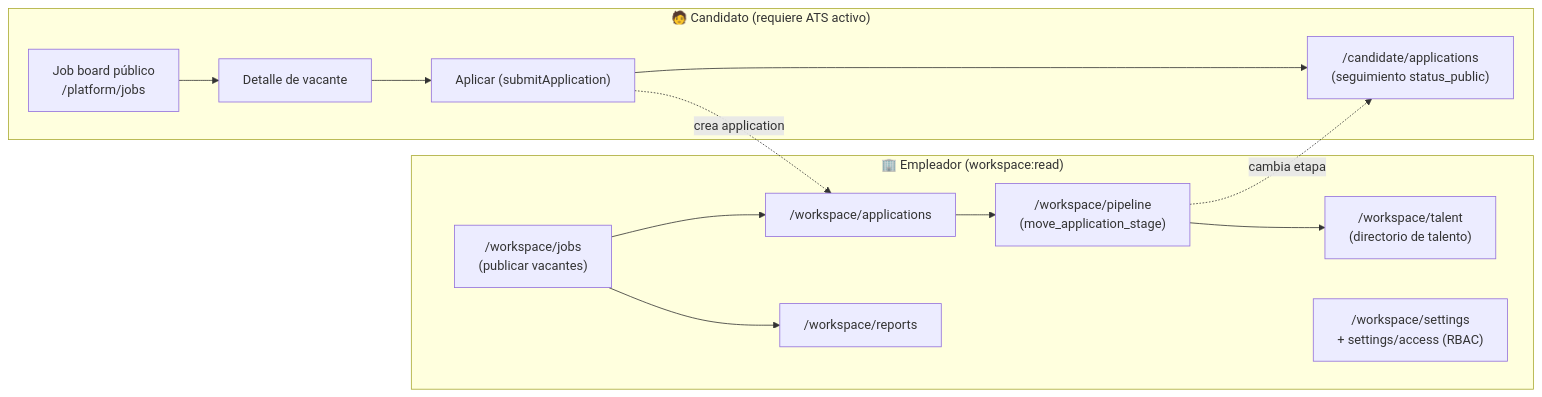
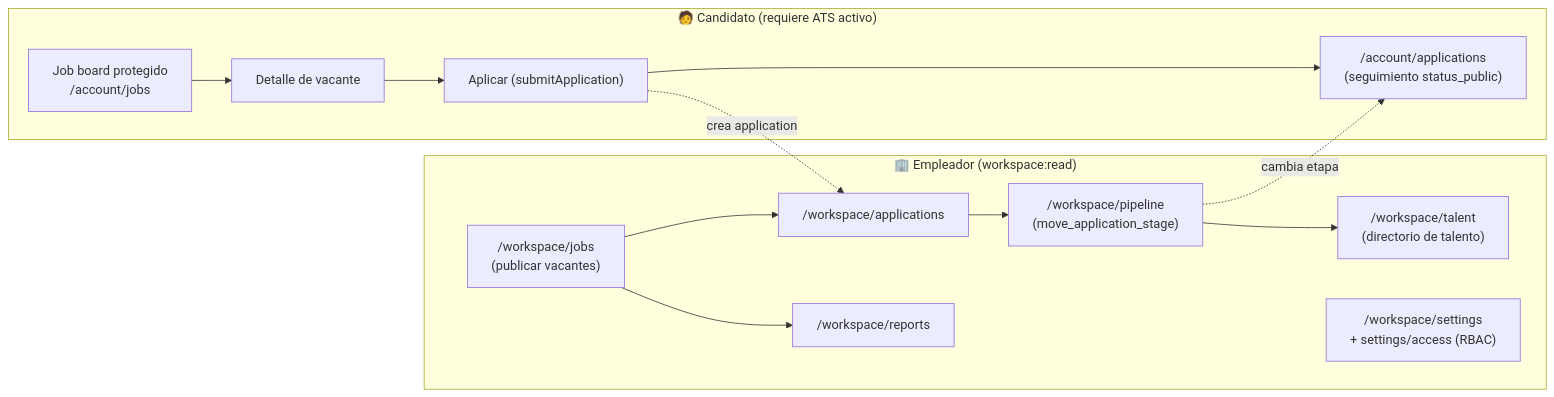
One commit to EdgarJr30/asi_do changed diagram 16 of 23 in docs/architecture/plataforma-flujograma.md. Above: the diagram before and after it, drawn with Mermaid. The commit also changed other lines of this file and 32 other files, not shown here.

````diff
--- a/docs/architecture/plataforma-flujograma.md
+++ b/docs/architecture/plataforma-flujograma.md
@@ -538,19 +538,19 @@
 ```mermaid
 flowchart LR
     subgraph CANDIDATE["🧑 Candidato (requiere ATS activo)"]
-        BOARD["Job board público<br/>/platform/jobs"] --> JOB["Detalle de vacante"]
+        BOARD["Job board protegido<br/>/account/jobs"] --> JOB["Detalle de vacante"]
         JOB --> APPLY2["Aplicar (submitApplication)"]
-        APPLY2 --> TRACK["/candidate/applications<br/>(seguimiento status_public)"]
+        APPLY2 --> TRACK["/account/applications<br/>(seguimiento status_public)"]
     end
 
     subgraph EMPLOYER["🏢 Empleador (workspace:read)"]
         WJOBS["/workspace/jobs<br/>(publicar vacantes)"] --> WAPP["/workspace/applications"]
         WAPP --> PIPE["/workspace/pipeline<br/>(move_application_stage)"]
         PIPE --> TALENT["/workspace/talent<br/>(directorio de talento)"]
         WJOBS --> REPORTS["/workspace/reports"]
         WSET["/workspace/settings<br/>+ settings/access (RBAC)"]
     end
 
     APPLY2 -.->|"crea application"| WAPP
     PIPE -.->|"cambia etapa"| TRACK
 ```
````
